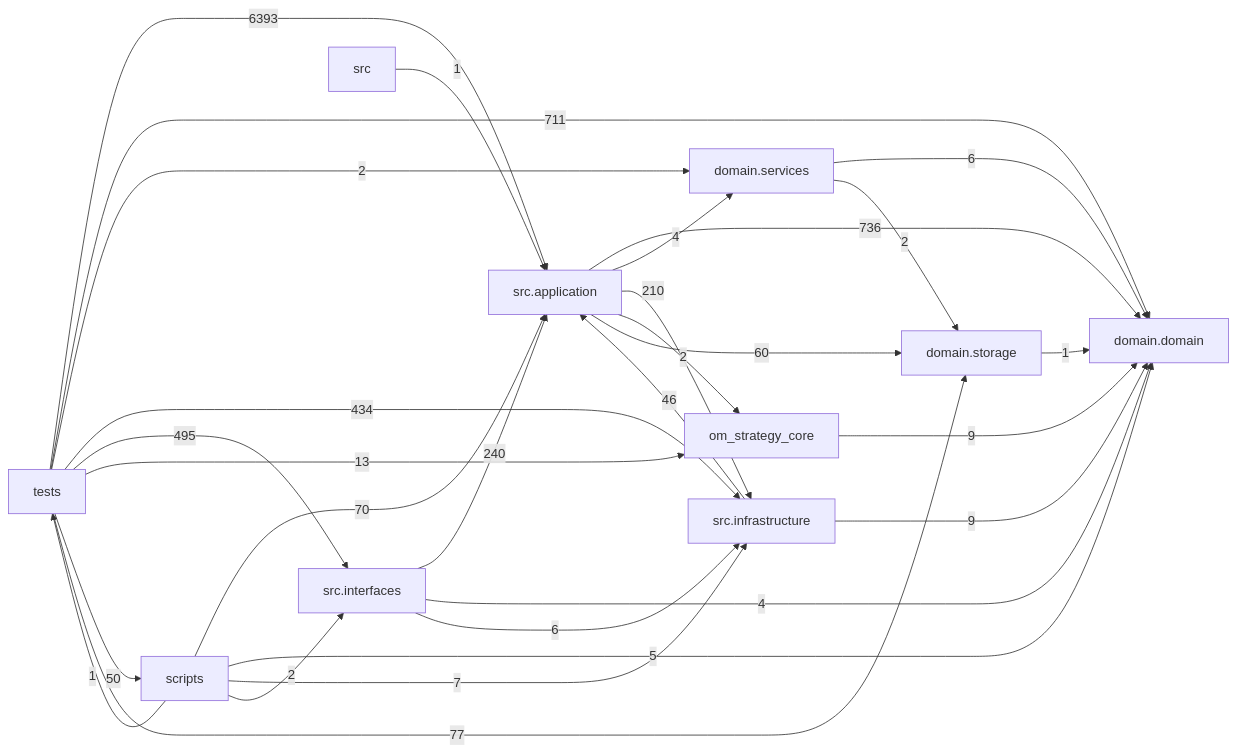
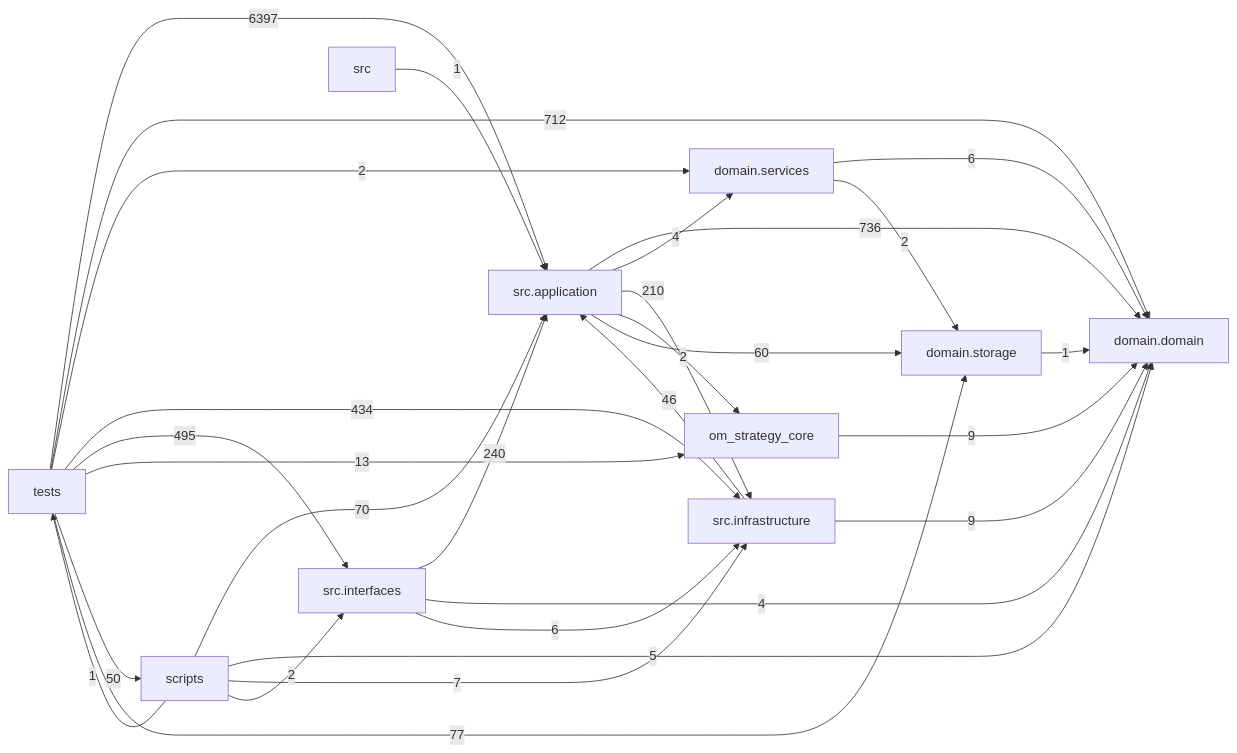
Before and after one commit to liuxie066/options-monitor: the diagram in docs/DEPENDENCY_GRAPH.md, drawn with Mermaid. The commit also changed other lines of this file and 7 other files, not shown here.

````diff
--- a/docs/DEPENDENCY_GRAPH.md
+++ b/docs/DEPENDENCY_GRAPH.md
@@ -24,39 +24,39 @@
 ```mermaid
 flowchart LR
   tests["tests"]
   scripts["scripts"]
   interfaces["src.interfaces"]
   application["src.application"]
   infrastructure["src.infrastructure"]
   domain_services["domain.services"]
   domain["domain.domain"]
   storage["domain.storage"]
   application -->|736| domain
   application -->|4| domain_services
   application -->|210| infrastructure
   application -->|2| om_strategy_core
   application -->|60| storage
   domain_services -->|6| domain
   domain_services -->|2| storage
   infrastructure -->|46| application
   infrastructure -->|9| domain
   interfaces -->|240| application
   interfaces -->|4| domain
   interfaces -->|6| infrastructure
   om_strategy_core -->|9| domain
   scripts -->|70| application
   scripts -->|5| domain
   scripts -->|7| infrastructure
   scripts -->|2| interfaces
   scripts -->|1| tests
   src -->|1| application
   storage -->|1| domain
-  tests -->|6393| application
-  tests -->|711| domain
+  tests -->|6397| application
+  tests -->|712| domain
   tests -->|2| domain_services
   tests -->|434| infrastructure
   tests -->|495| interfaces
   tests -->|13| om_strategy_core
   tests -->|50| scripts
   tests -->|77| storage
 ```
````
